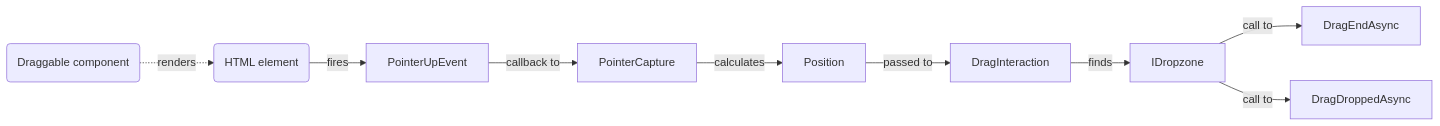
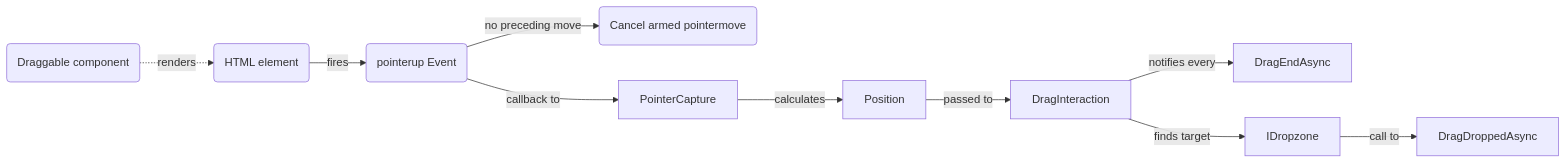
Before and after one commit to vicione-oss/vicione-ui-libs-blazor-components: the fourth of 6 diagrams in src/ViciOne.Ui.Blazor.Components/Draggable/README.md, drawn with Mermaid. The commit also changed other lines of this file and 77 other files, not shown here.

Commit message:
Resolve "DragInteraction, make creation of draggable clone customizable"

````diff
--- a/src/ViciOne.Ui.Blazor.Components/Draggable/README.md
+++ b/src/ViciOne.Ui.Blazor.Components/Draggable/README.md
@@ -50,12 +72,15 @@
 ```mermaid
 flowchart LR
     DraggableComponent("Draggable component")-. renders .->HTMLElement("HTML element")
 
-    HTMLElement-- fires -->PointerUpEvent
+    HTMLElement-- fires -->PointerUpEvent("pointerup Event")
+
+    PointerUpEvent-- no preceding move -->CancelDrag("Cancel armed pointermove")
+
     PointerUpEvent-- callback to -->PointerCapture
     PointerCapture-- calculates -->Position
     Position-- passed to -->DragInteraction
-    DragInteraction-- finds -->IDropzone
-    IDropzone-- call to -->DragEndAsync
+    DragInteraction-- notifies every -->DragEndAsync
+    DragInteraction-- finds target -->IDropzone
     IDropzone-- call to -->DragDroppedAsync
 ```
````
